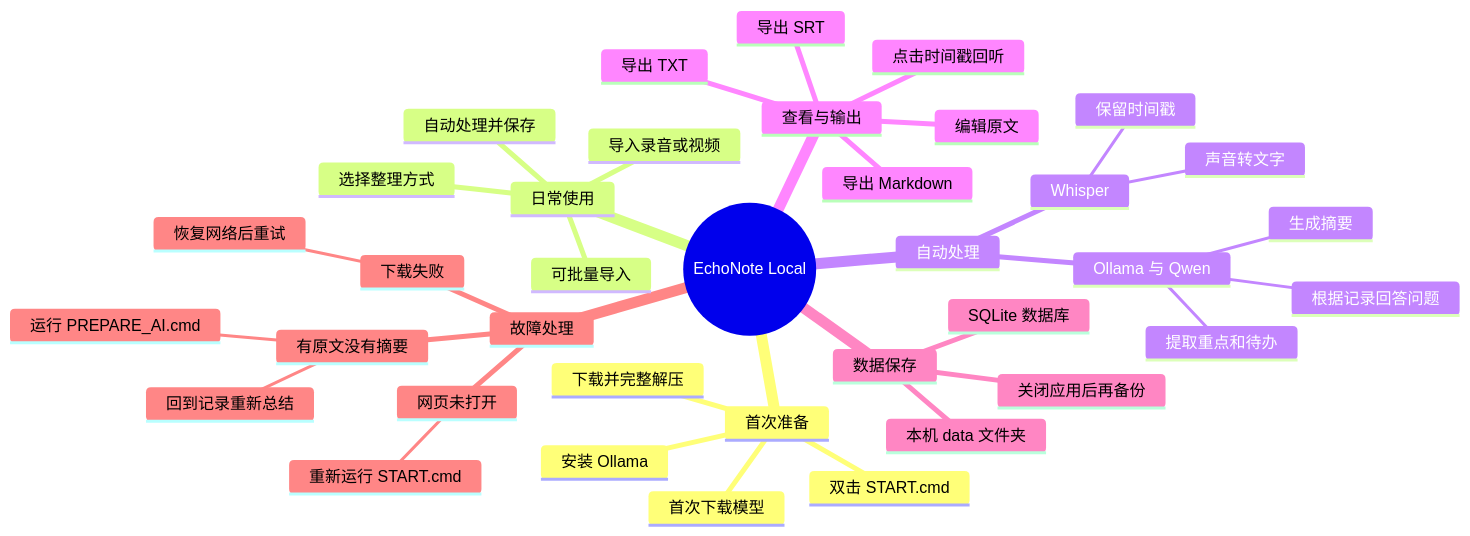
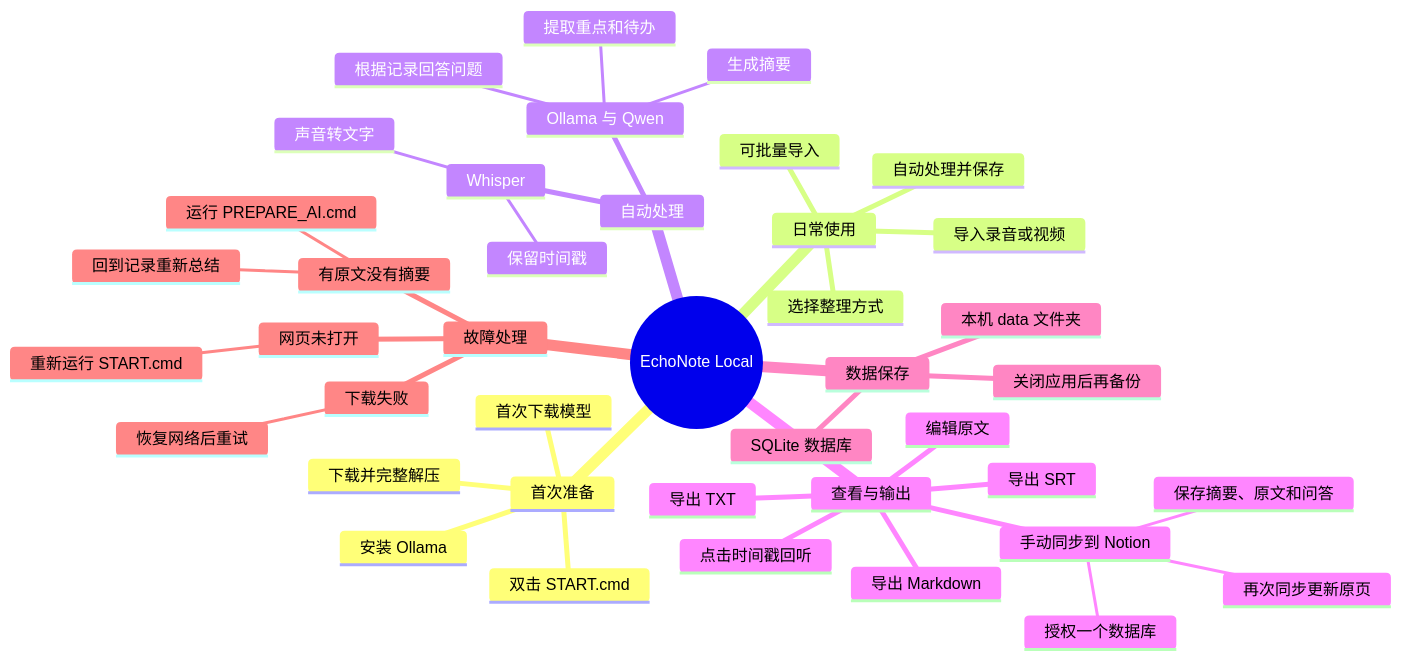
One commit to hyaa-debug/echonote-local changed the diagram in docs/mindmap.md. Above: the diagram before and after it, drawn with Mermaid. The commit also changed 11 other files, not shown here.

````diff
--- a/docs/mindmap.md
+++ b/docs/mindmap.md
@@ -3,40 +3,44 @@
 ```mermaid
 mindmap
   root((EchoNote Local))
     首次准备
       下载并完整解压
       双击 START.cmd
       安装 Ollama
       首次下载模型
     日常使用
       导入录音或视频
       可批量导入
       选择整理方式
       自动处理并保存
     自动处理
       Whisper
         声音转文字
         保留时间戳
       Ollama 与 Qwen
         生成摘要
         提取重点和待办
         根据记录回答问题
     查看与输出
       点击时间戳回听
       编辑原文
       导出 Markdown
       导出 TXT
       导出 SRT
+      手动同步到 Notion
+        授权一个数据库
+        保存摘要、原文和问答
+        再次同步更新原页
     数据保存
       本机 data 文件夹
       SQLite 数据库
       关闭应用后再备份
     故障处理
       网页未打开
         重新运行 START.cmd
       有原文没有摘要
         运行 PREPARE_AI.cmd
         回到记录重新总结
       下载失败
         恢复网络后重试
 ```
````
